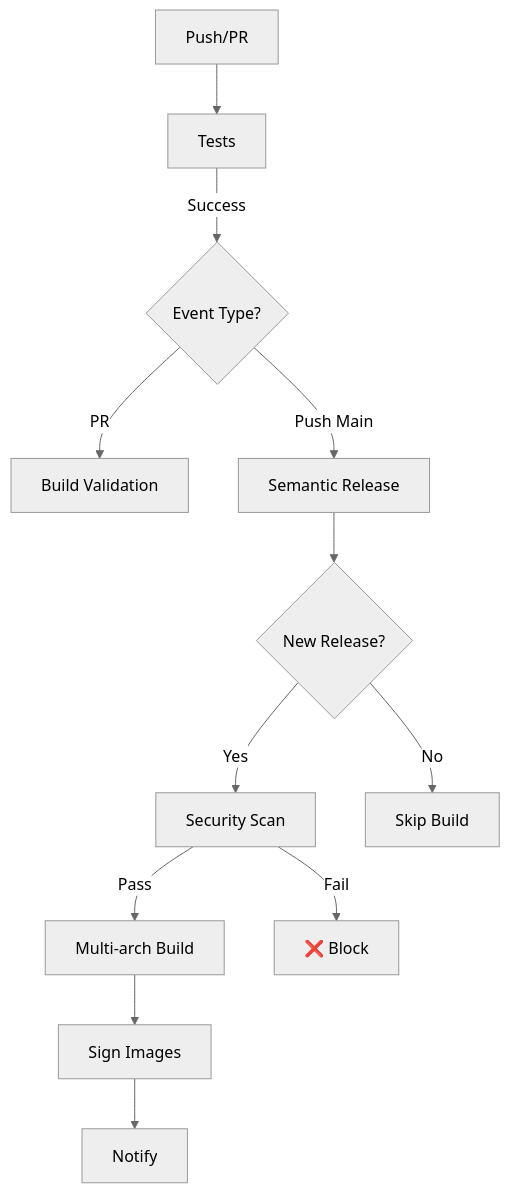
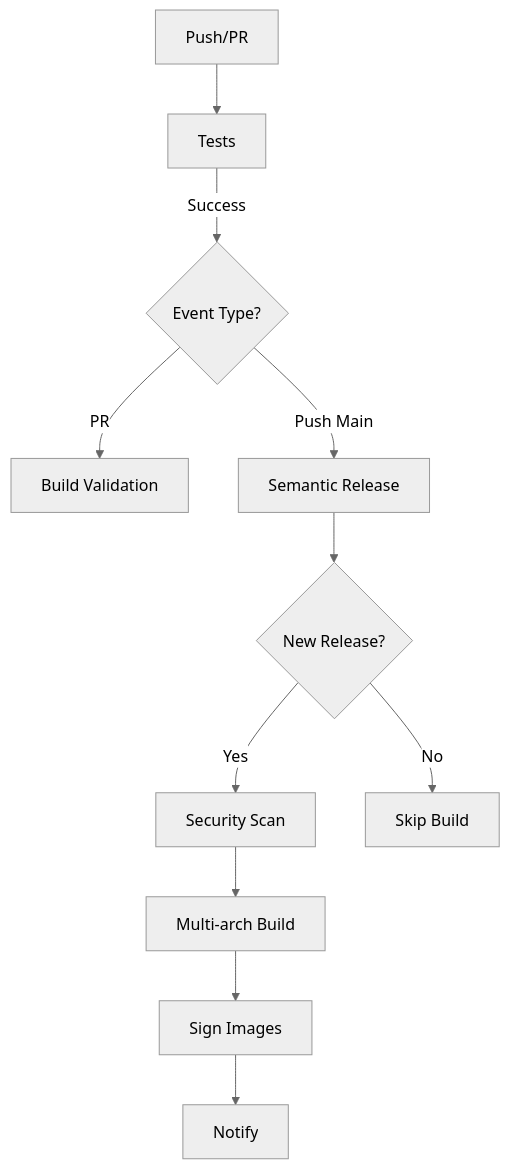
Before and after one commit to bidabil/1min-Getway: the diagram in docs/CI-CD-DOCUMENTATION.md, drawn with Mermaid (neutral theme). The commit also changed other lines of this file and 14 other files, not shown here.

````diff
--- a/docs/CI-CD-DOCUMENTATION.md
+++ b/docs/CI-CD-DOCUMENTATION.md
@@ -35,14 +35,13 @@
 ```mermaid
 graph TD
     A[Push/PR] --> B[Tests]
     B -->|Success| C{Event Type?}
     C -->|PR| D[Build Validation]
     C -->|Push Main| E[Semantic Release]
     E --> F{New Release?}
     F -->|Yes| G[Security Scan]
     F -->|No| H[Skip Build]
-    G -->|Pass| I[Multi-arch Build]
-    G -->|Fail| J[❌ Block]
+    G --> I[Multi-arch Build]
     I --> K[Sign Images]
     K --> L[Notify]
 ```
````
